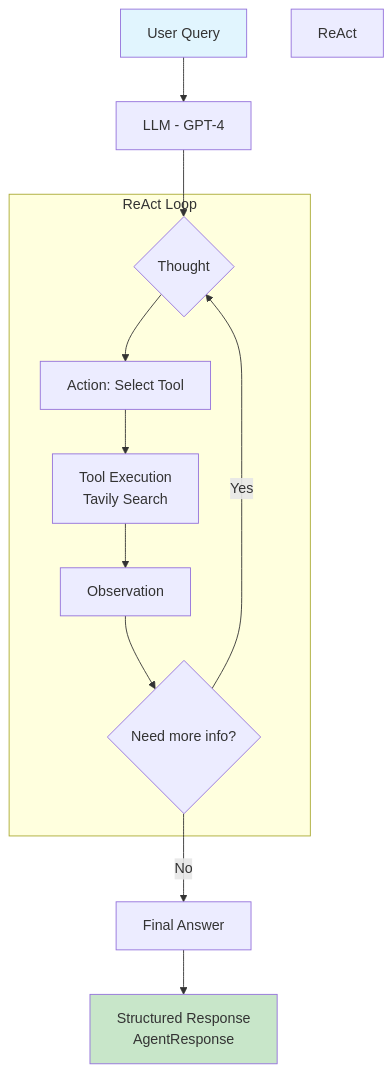
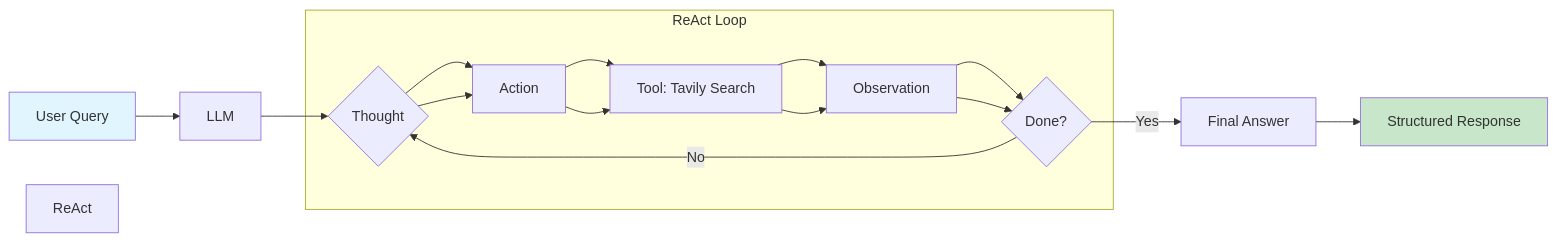
One commit to emarco177/langchain-course changed the first of 2 diagrams in README.md. Above: the diagram before and after it, drawn with Mermaid.

Commit message:
Change Mermaid flowchart to horizontal layout

````diff
--- a/README.md
+++ b/README.md
@@ -47,24 +47,20 @@
 ```mermaid
-flowchart TD
-    A[User Query] --> B[LLM - GPT-4]
+flowchart LR
+    A[User Query] --> B[LLM]
     B --> C{Thought}
-    C --> D[Action: Select Tool]
-    D --> E[Tool Execution<br/>Tavily Search]
+    C --> D[Action]
+    D --> E[Tool: Tavily Search]
     E --> F[Observation]
-    F --> G{Need more info?}
-    G -->|Yes| C
-    G -->|No| H[Final Answer]
-    H --> I[Structured Response<br/>AgentResponse]
+    F --> G{Done?}
+    G -->|No| C
+    G -->|Yes| H[Final Answer]
+    H --> I[Structured Response]
 
     subgraph ReAct Loop
-        C
-        D
-        E
-        F
-        G
+        C --> D --> E --> F --> G
     end
 
     style A fill:#e1f5fe
     style I fill:#c8e6c9
     style ReAct Loop fill:#fff3e0
 ```
````
